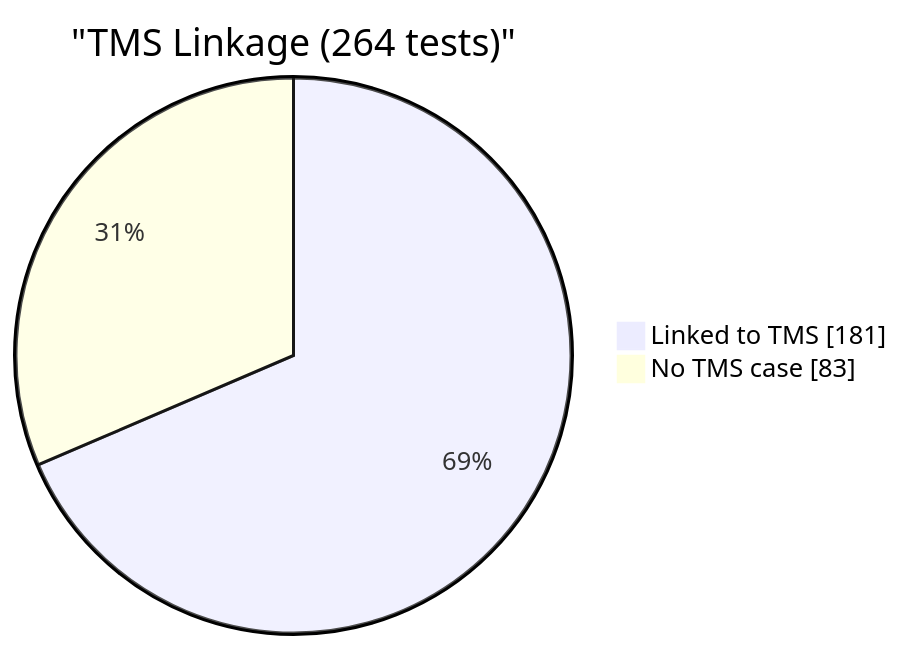
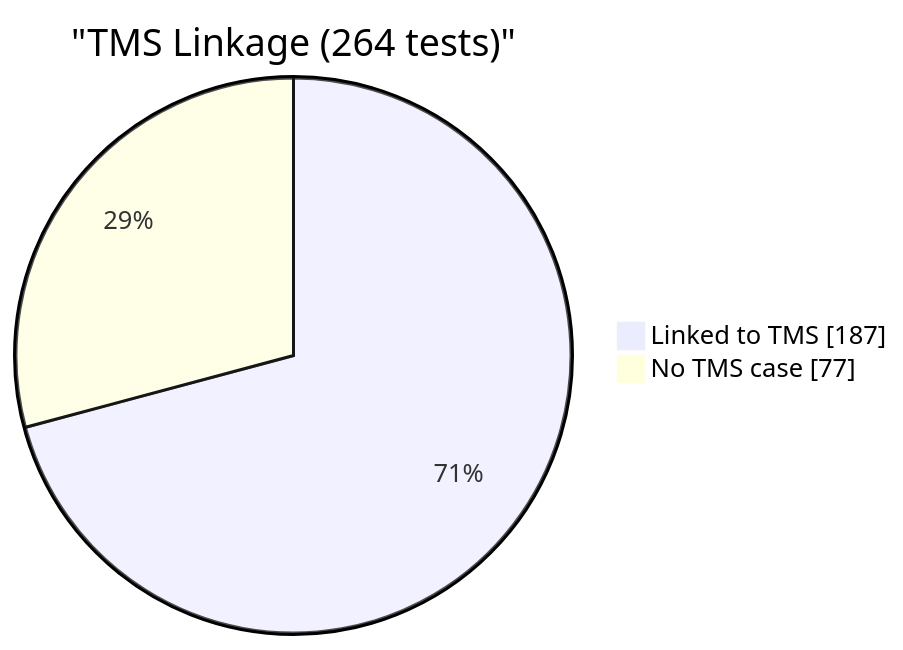
One commit to EliteaAI/onetest-ai-tm-Elitea changed the fourth of 4 diagrams in reports/dashboard.md. Above: the diagram before and after it, drawn with Mermaid. The commit also changed other lines of this file and 1 other file, not shown here.

````diff
--- a/reports/dashboard.md
+++ b/reports/dashboard.md
@@ -76,6 +76,6 @@
 ```mermaid
 pie showData
     title "TMS Linkage (264 tests)"
-    "Linked to TMS" : 181
-    "No TMS case" : 83
+    "Linked to TMS" : 187
+    "No TMS case" : 77
 ```
````
